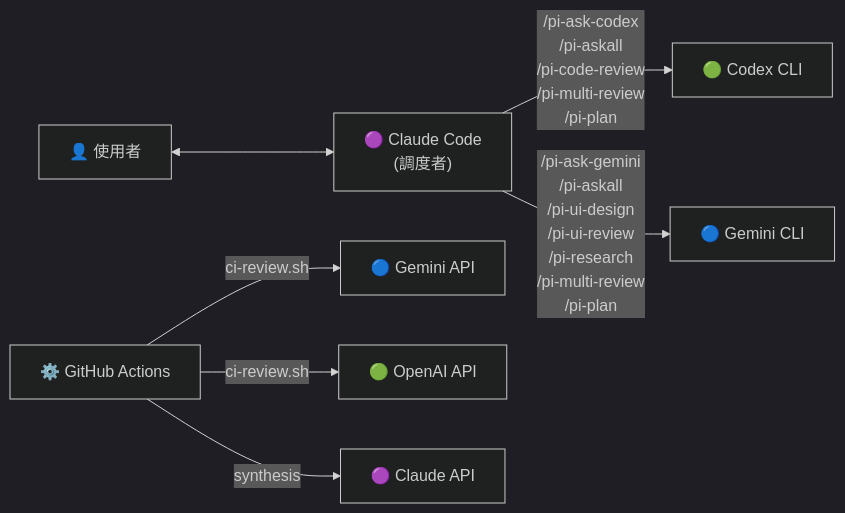
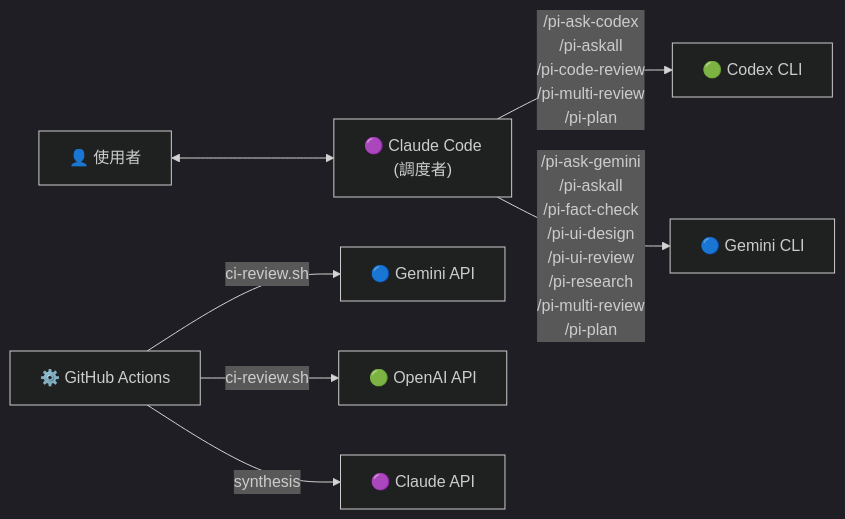
One commit to tznthou/claude-prism changed the first of 2 diagrams in README.zh-TW.md. Above: the diagram before and after it, drawn with Mermaid (dark theme). The commit also changed other lines of this file and 5 other files, not shown here.

First line of the commit message:
feat: add /pi-fact-check command for cross-provider fact verification

````diff
--- a/README.zh-TW.md
+++ b/README.zh-TW.md
@@ -162,9 +173,9 @@
 ```mermaid
 flowchart LR
     User["👤 使用者"] <--> Claude["🟣 Claude Code\n(調度者)"]
     Claude -->|"/pi-ask-codex\n/pi-askall\n/pi-code-review\n/pi-multi-review\n/pi-plan"| Codex["🟢 Codex CLI"]
-    Claude -->|"/pi-ask-gemini\n/pi-askall\n/pi-ui-design\n/pi-ui-review\n/pi-research\n/pi-multi-review\n/pi-plan"| Gemini["🔵 Gemini CLI"]
+    Claude -->|"/pi-ask-gemini\n/pi-askall\n/pi-fact-check\n/pi-ui-design\n/pi-ui-review\n/pi-research\n/pi-multi-review\n/pi-plan"| Gemini["🔵 Gemini CLI"]
     CI["⚙️ GitHub Actions"] -->|"ci-review.sh"| GeminiAPI["🔵 Gemini API"]
     CI -->|"ci-review.sh"| OpenAIAPI["🟢 OpenAI API"]
     CI -->|"synthesis"| ClaudeAPI["🟣 Claude API"]
 ```
````
